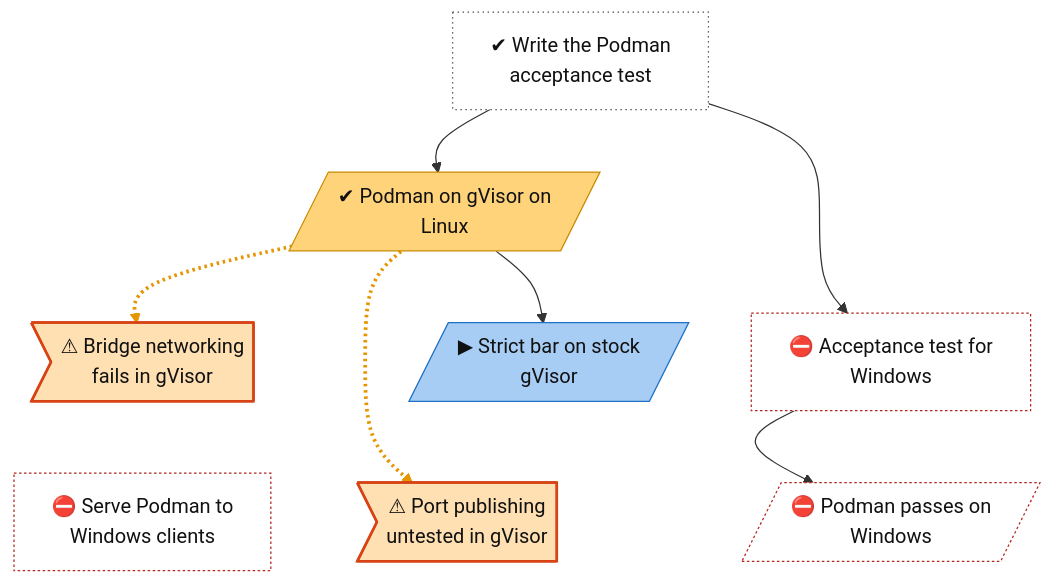
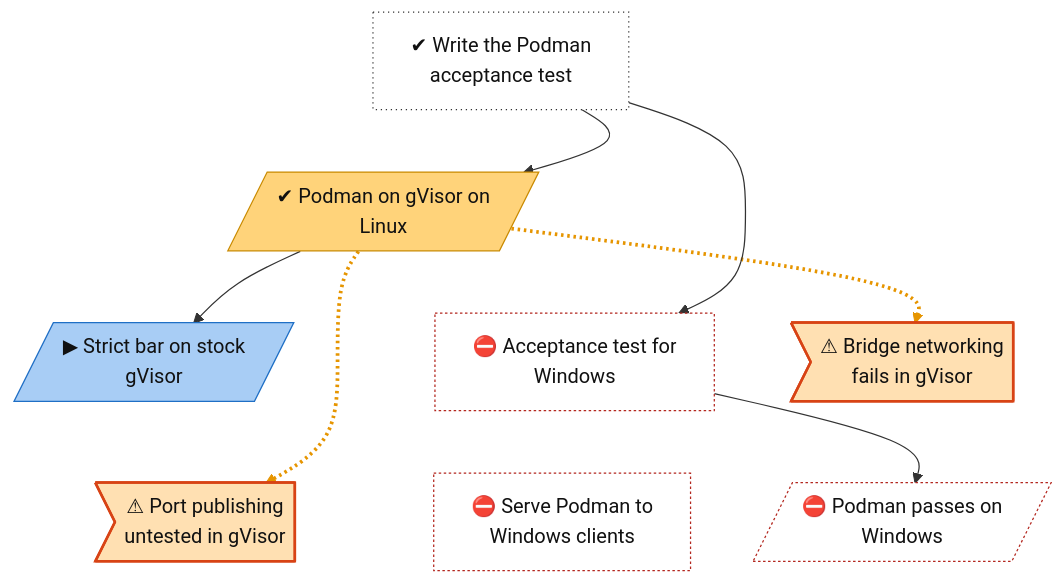
One commit to lhns/gvisor-windows changed the diagram in docs/roadmap/tracks/workloads.md. Above: the diagram before and after it, drawn with Mermaid. The commit also changed other lines of this file and 4 other files, not shown here.

````diff
--- a/docs/roadmap/tracks/workloads.md
+++ b/docs/roadmap/tracks/workloads.md
@@ -10,44 +10,44 @@
 ```mermaid
 flowchart TB
     workloads_acceptance_test["✔ Write the Podman<br/>acceptance test"]
     workloads_podman_on_gvisor_linux[/"✔ Podman on gVisor on<br/>Linux"/]
     workloads_strict_bar_linux[/"▶ Strict bar on stock<br/>gVisor"/]
     workloads_acceptance_test_windows["⛔ Acceptance test for<br/>Windows"]
     workloads_gvisor_bridge_netlink>"⚠ Bridge networking<br/>fails in gVisor"]
     workloads_gvisor_port_publishing>"⚠ Port publishing<br/>untested in gVisor"]
+    workloads_podman_harness["⛔ Serve Podman to<br/>Windows clients"]
     workloads_podman_on_windows[/"⛔ Podman passes on<br/>Windows"/]
-    workloads_podman_harness["⛔ Serve Podman to<br/>Windows clients"]
     workloads_acceptance_test ~~~ workloads_podman_on_gvisor_linux
     workloads_podman_on_gvisor_linux ~~~ workloads_strict_bar_linux
     workloads_podman_on_gvisor_linux ~~~ workloads_acceptance_test_windows
     workloads_podman_on_gvisor_linux ~~~ workloads_gvisor_bridge_netlink
     workloads_strict_bar_linux ~~~ workloads_gvisor_port_publishing
-    workloads_acceptance_test_windows ~~~ workloads_podman_on_windows
-    workloads_gvisor_bridge_netlink ~~~ workloads_podman_harness
+    workloads_acceptance_test_windows ~~~ workloads_podman_harness
+    workloads_gvisor_bridge_netlink ~~~ workloads_podman_on_windows
     workloads_acceptance_test --> workloads_podman_on_gvisor_linux
     workloads_podman_on_gvisor_linux -.-> workloads_gvisor_bridge_netlink
     workloads_podman_on_gvisor_linux -.-> workloads_gvisor_port_publishing
     workloads_podman_on_gvisor_linux --> workloads_strict_bar_linux
     workloads_acceptance_test --> workloads_acceptance_test_windows
     workloads_acceptance_test_windows --> workloads_podman_on_windows
     linkStyle 8,9 stroke:#e69500,stroke-width:3px,stroke-dasharray:2 3
     classDef vsucc fill:#2e9e4f,stroke:#1b6b34,color:#fff
     classDef succ fill:#bfe8c8,stroke:#2e9e4f,color:#111
     classDef mixed fill:#ffd37a,stroke:#c98a00,color:#111
     classDef bad fill:#f28b82,stroke:#b3261e,color:#111
     classDef dead fill:#e6e6e6,stroke:#777,stroke-dasharray:5 5,color:#555
     classDef inprog fill:#a8cdf5,stroke:#1f6fc5,color:#111
     classDef next fill:#fff,stroke:#333,color:#111
     classDef blocked fill:#fff,stroke:#b3261e,stroke-dasharray:2 2,color:#111
     classDef parked fill:#f3f3f3,stroke:#999,color:#555
     classDef unrated fill:#fff,stroke:#333,stroke-dasharray:1 3,color:#111
     classDef gate fill:#d9c2f0,stroke:#7b3fb5,color:#111
     classDef decided fill:#ece0f7,stroke:#7b3fb5,stroke-dasharray:2 2,color:#111
     classDef finding fill:#ffe0b2,stroke:#d84315,stroke-width:2px,color:#111
     classDef waiting fill:#e3f2fd,stroke:#1f6fc5,stroke-dasharray:5 5,color:#111
     class workloads_acceptance_test unrated
     class workloads_podman_on_gvisor_linux mixed
     class workloads_strict_bar_linux inprog
-    class workloads_acceptance_test_windows,workloads_podman_on_windows,workloads_podman_harness blocked
+    class workloads_acceptance_test_windows,workloads_podman_harness,workloads_podman_on_windows blocked
     class workloads_gvisor_bridge_netlink,workloads_gvisor_port_publishing finding
 ```
````
